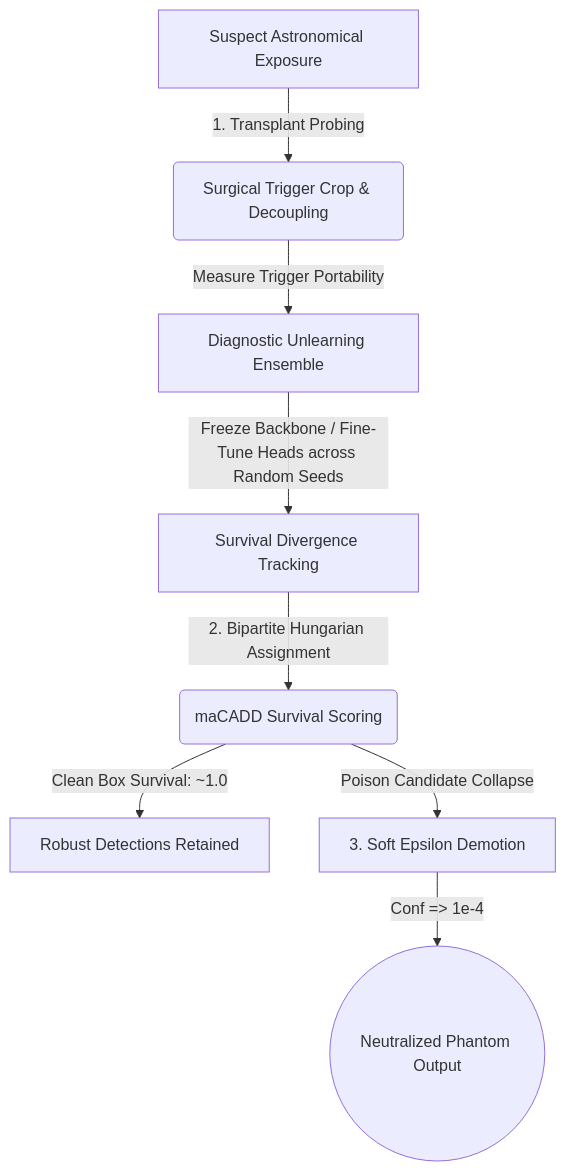
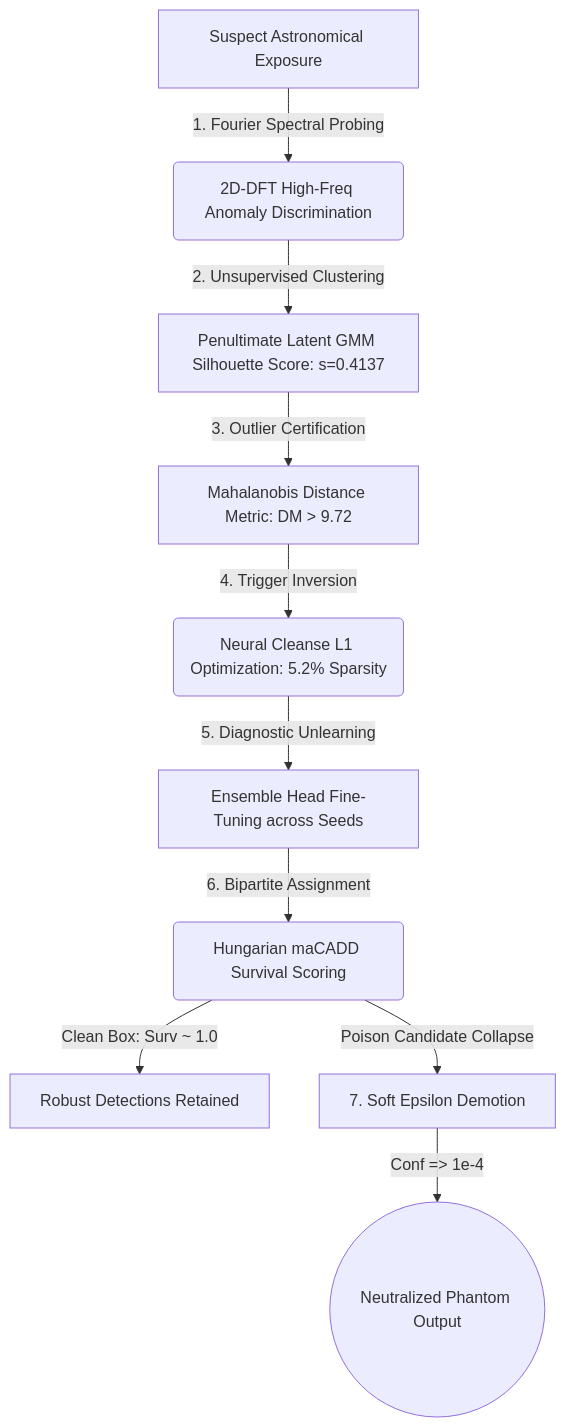
One commit to PraneetGogoi/Neural-debris-removal changed the diagram in README.md. Above: the diagram before and after it, drawn with Mermaid. The commit also changed other lines of this file, not shown here.

````diff
--- a/README.md
+++ b/README.md
@@ -29,10 +29,12 @@
 ```mermaid
 graph TD
-    A[Suspect Astronomical Exposure] -->|1. Transplant Probing| B(Surgical Trigger Crop & Decoupling)
-    B -->|Measure Trigger Portability| C[Diagnostic Unlearning Ensemble]
-    C -->|Freeze Backbone / Fine-Tune Heads across Random Seeds| D[Survival Divergence Tracking]
-    D -->|2. Bipartite Hungarian Assignment| E(maCADD Survival Scoring)
-    E -->|Clean Box Survival: ~1.0| F[Robust Detections Retained]
-    E -->|Poison Candidate Collapse| G[3. Soft Epsilon Demotion]
-    G -->|Conf => 1e-4| H((Neutralized Phantom Output))
+    A[Suspect Astronomical Exposure] -->|1. Fourier Spectral Probing| B(2D-DFT High-Freq Anomaly Discrimination)
+    B -->|2. Unsupervised Clustering| C[Penultimate Latent GMM Silhouette Score: s=0.4137]
+    C -->|3. Outlier Certification| D[Mahalanobis Distance Metric: DM > 9.72]
+    D -->|4. Trigger Inversion| E(Neural Cleanse L1 Optimization: 5.2% Sparsity)
+    E -->|5. Diagnostic Unlearning| F[Ensemble Head Fine-Tuning across Seeds]
+    F -->|6. Bipartite Assignment| G(Hungarian maCADD Survival Scoring)
+    G -->|Clean Box: Surv ~ 1.0| H[Robust Detections Retained]
+    G -->|Poison Candidate Collapse| I[7. Soft Epsilon Demotion]
+    I -->|Conf => 1e-4| J((Neutralized Phantom Output))
 ```
````
